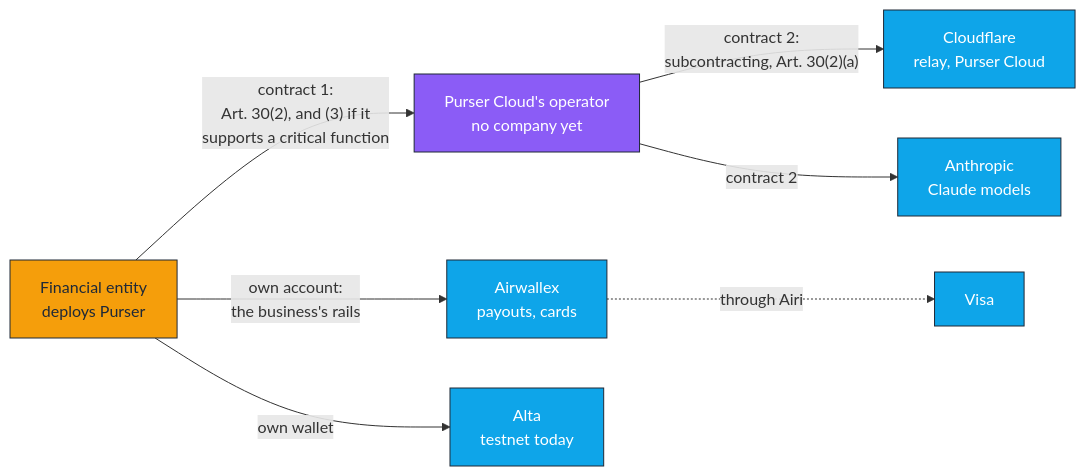
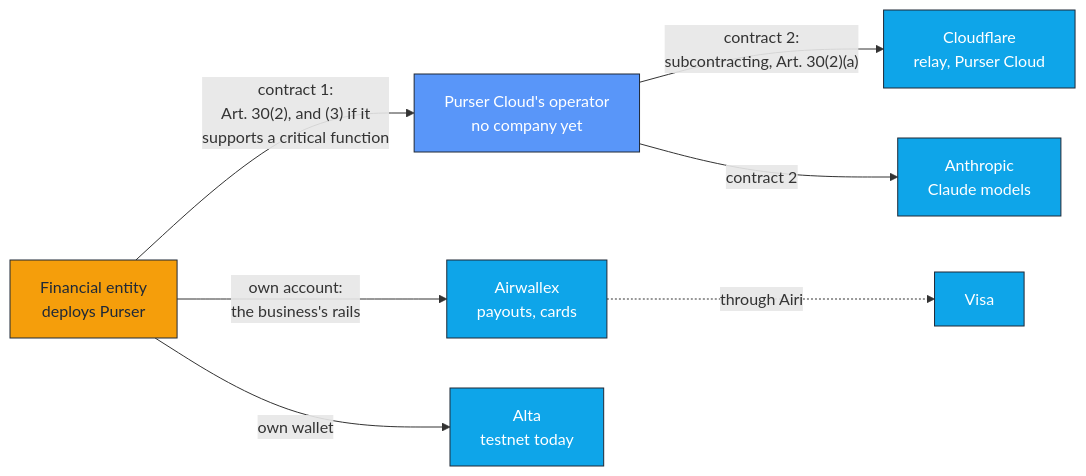
Before and after one commit to agamemnon-coder/x402-business-agents: the diagram in docs/compliance/templates/ict-contract-clauses.md, drawn with Mermaid. The commit also changed other lines of this file and 184 other files, not shown here.

````diff
--- a/docs/compliance/templates/ict-contract-clauses.md
+++ b/docs/compliance/templates/ict-contract-clauses.md
@@ -36,15 +36,15 @@
 ```mermaid
 flowchart LR
   FE["Financial entity<br/>deploys Purser"] -->|"contract 1:<br/>Art. 30(2), and (3) if it<br/>supports a critical function"| OP["Purser Cloud's operator<br/>no company yet"]
   OP -->|"contract 2:<br/>subcontracting, Art. 30(2)(a)"| CL["Cloudflare<br/>relay, Purser Cloud"]
   OP -->|"contract 2"| AN["Anthropic<br/>Claude models"]
   FE -->|"own account:<br/>the business's rails"| AW["Airwallex<br/>payouts, cards"]
   FE -->|"own wallet"| AL["Alta<br/>testnet today"]
   AW -.->|"through Airi"| VI["Visa"]
   classDef entity fill:#f59e0b,stroke:#1f2937,color:#1f2937
-  classDef op fill:#8b5cf6,stroke:#1f2937,color:#fff
+  classDef op fill:#5996f9,stroke:#1f2937,color:#fff
   classDef prov fill:#0ea5e9,stroke:#1f2937,color:#fff
   class FE entity
   class OP op
   class CL,AN,AW,AL,VI prov
 ```
````
